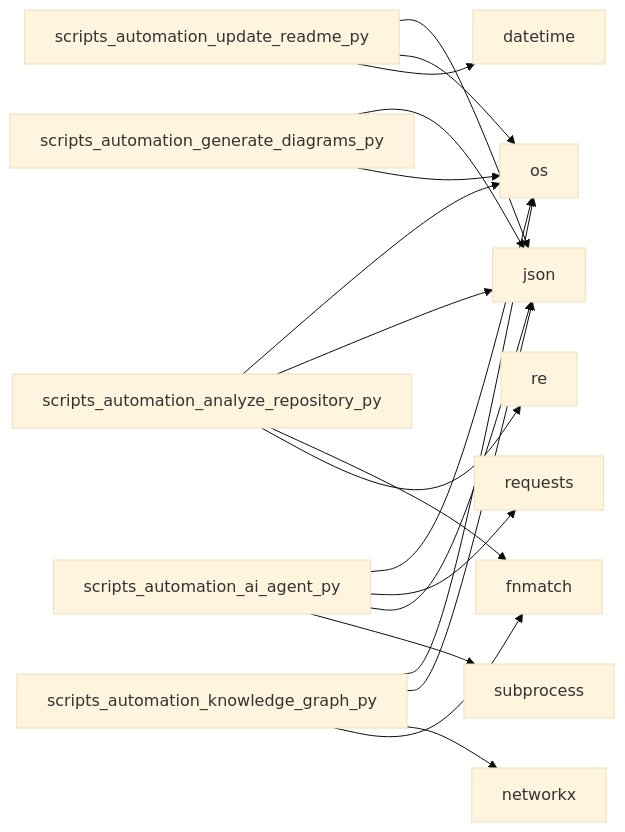
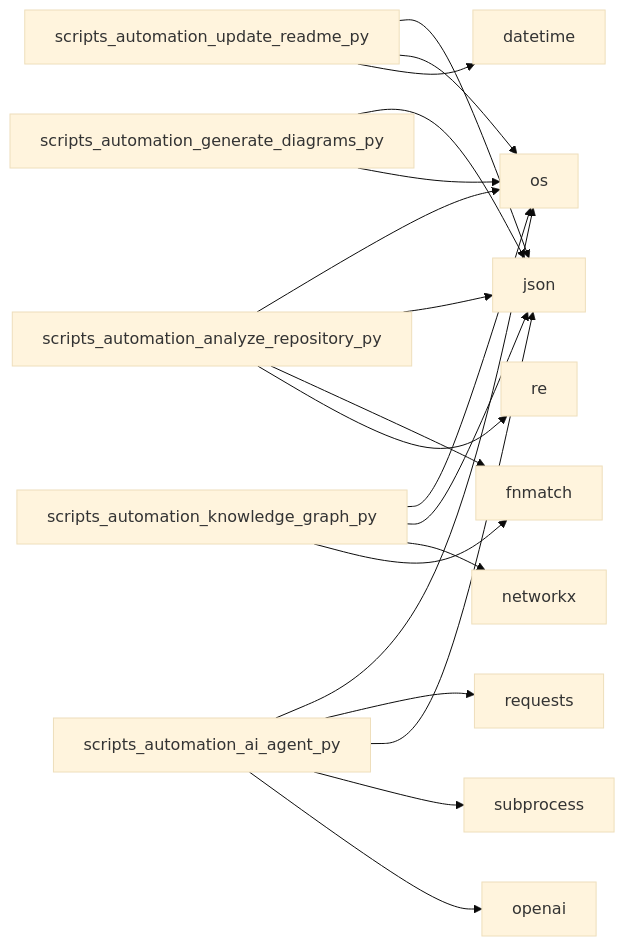
Before and after one commit to NITISH-R-G/FUTURE_DS_01: the second of 2 diagrams in README.md, drawn with Mermaid (base theme). The commit also changed other lines of this file and 6 other files, not shown here.

````diff
--- a/README.md
+++ b/README.md
@@ -35,20 +39,21 @@
 ```mermaid
 graph LR;
     scripts_automation_update_readme_py --> json;
     scripts_automation_update_readme_py --> os;
     scripts_automation_update_readme_py --> datetime;
     scripts_automation_analyze_repository_py --> os;
     scripts_automation_analyze_repository_py --> json;
     scripts_automation_analyze_repository_py --> fnmatch;
     scripts_automation_analyze_repository_py --> re;
     scripts_automation_ai_agent_py --> os;
     scripts_automation_ai_agent_py --> requests;
     scripts_automation_ai_agent_py --> json;
     scripts_automation_ai_agent_py --> subprocess;
+    scripts_automation_ai_agent_py --> openai;
     scripts_automation_generate_diagrams_py --> json;
     scripts_automation_generate_diagrams_py --> os;
     scripts_automation_knowledge_graph_py --> os;
     scripts_automation_knowledge_graph_py --> json;
     scripts_automation_knowledge_graph_py --> networkx;
     scripts_automation_knowledge_graph_py --> fnmatch;
 ```
````
